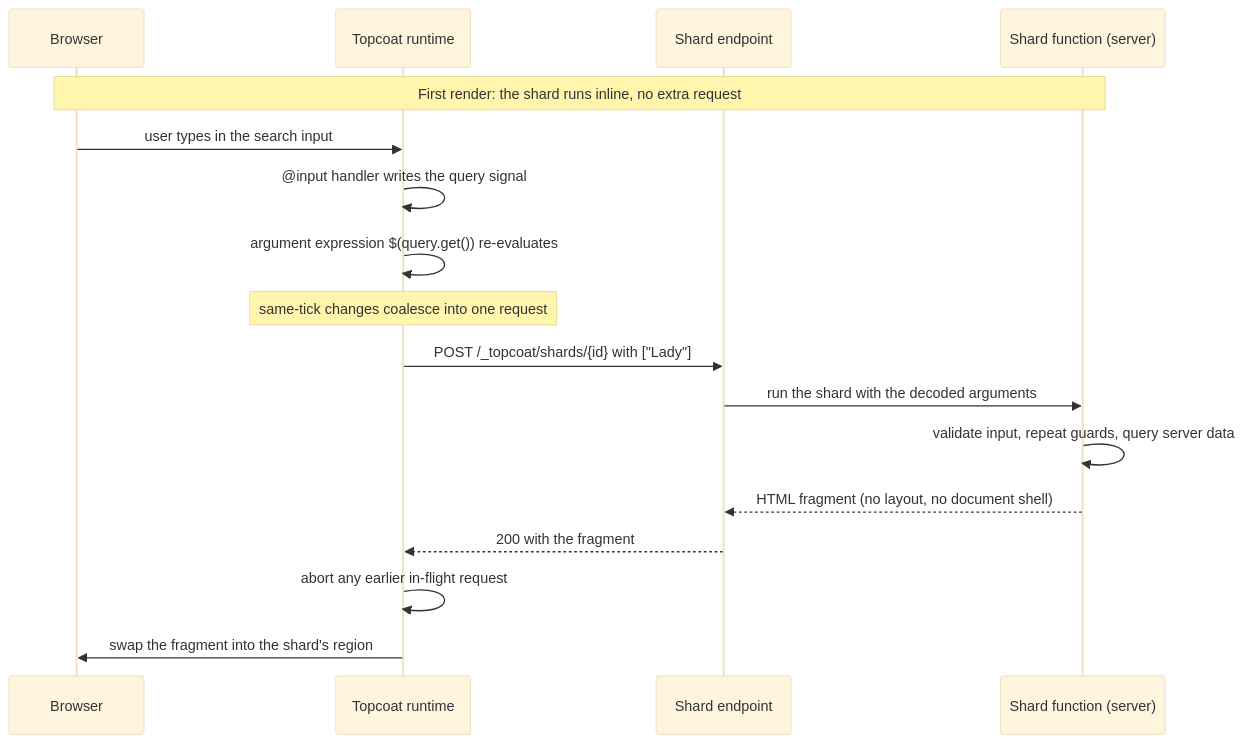
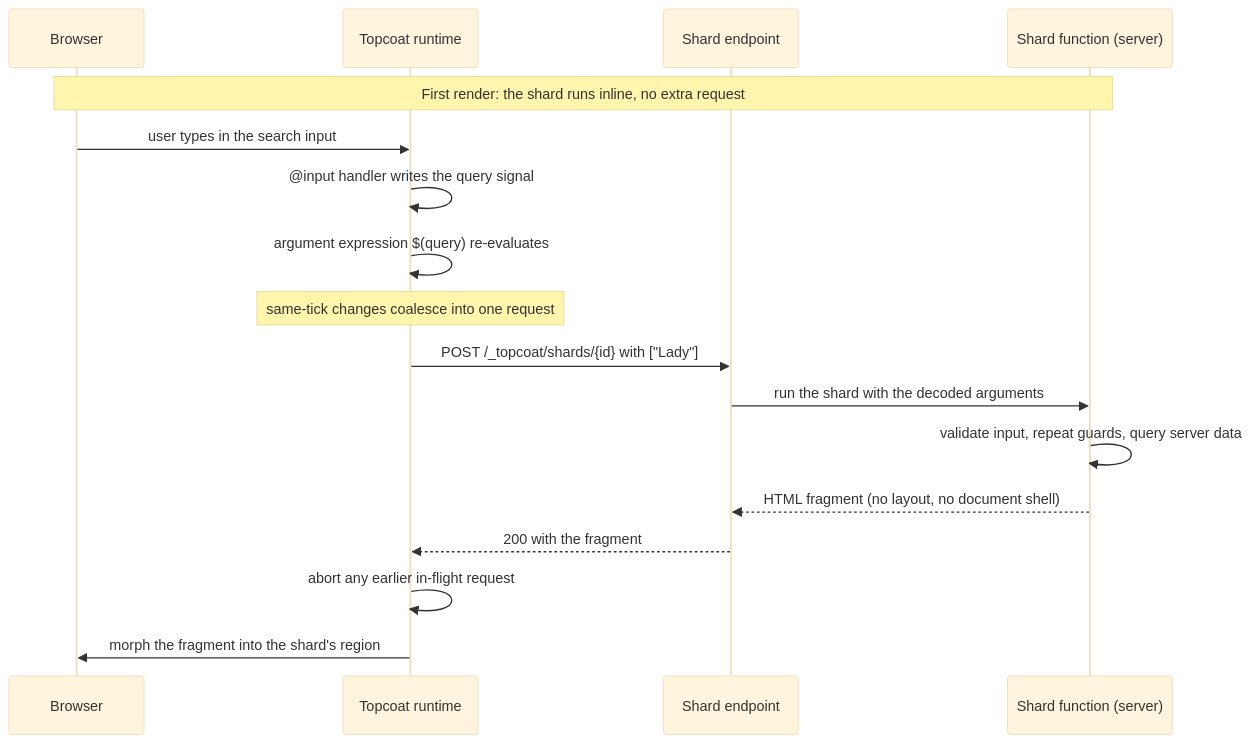
Before and after one commit to penrynjohnp/Topcoat-Workshop: the diagram in docs/src/01-concepts/reactivity-options.md, drawn with Mermaid (base theme). The commit also changed other lines of this file and 91 other files, not shown here.

````diff
--- a/docs/src/01-concepts/reactivity-options.md
+++ b/docs/src/01-concepts/reactivity-options.md
@@ -63,20 +69,20 @@
 ```mermaid
 sequenceDiagram
     participant B as Browser
     participant R as Topcoat runtime
     participant S as Shard endpoint
     participant A as Shard function (server)
 
     Note over B,A: First render: the shard runs inline, no extra request
     B->>R: user types in the search input
     R->>R: @input handler writes the query signal
-    R->>R: argument expression $(query.get()) re-evaluates
+    R->>R: argument expression $(query) re-evaluates
     Note over R: same-tick changes coalesce into one request
     R->>S: POST /_topcoat/shards/{id} with ["Lady"]
     S->>A: run the shard with the decoded arguments
     A->>A: validate input, repeat guards, query server data
     A-->>S: HTML fragment (no layout, no document shell)
     S-->>R: 200 with the fragment
     R->>R: abort any earlier in-flight request
-    R->>B: swap the fragment into the shard's region
+    R->>B: morph the fragment into the shard's region
 ```
````
